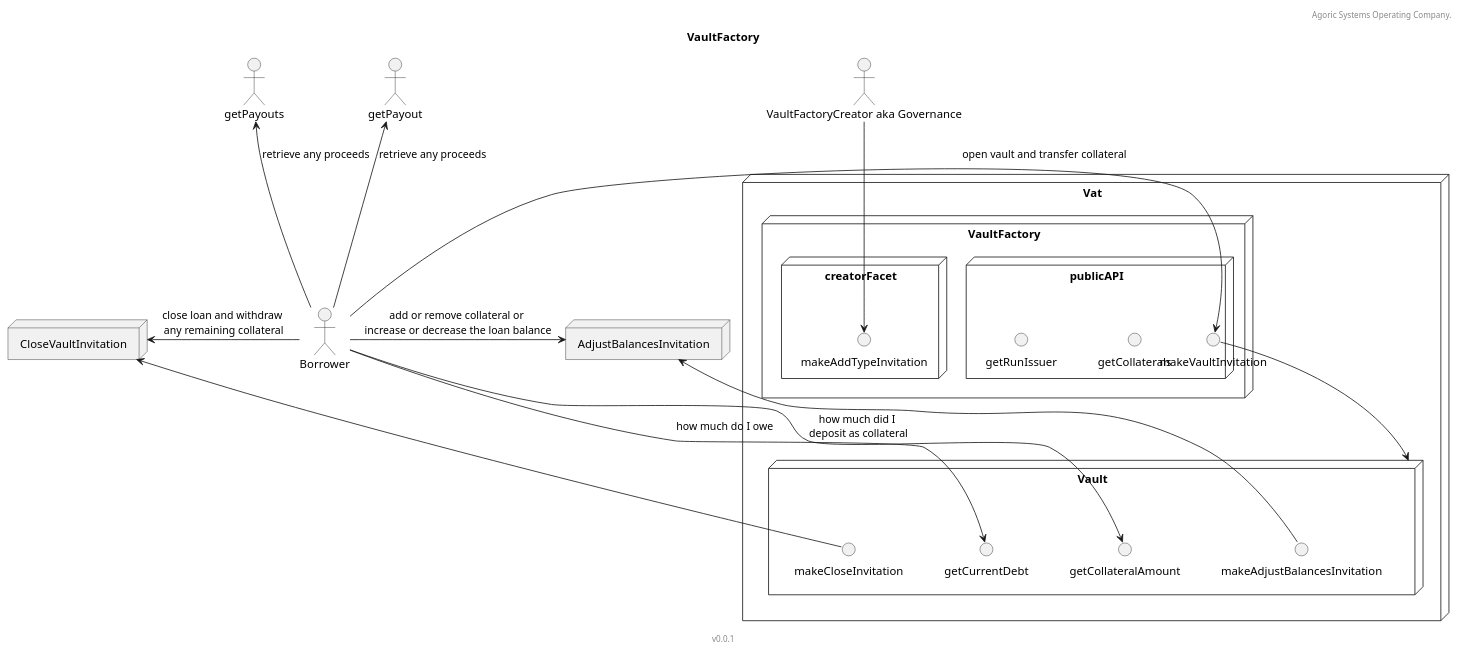
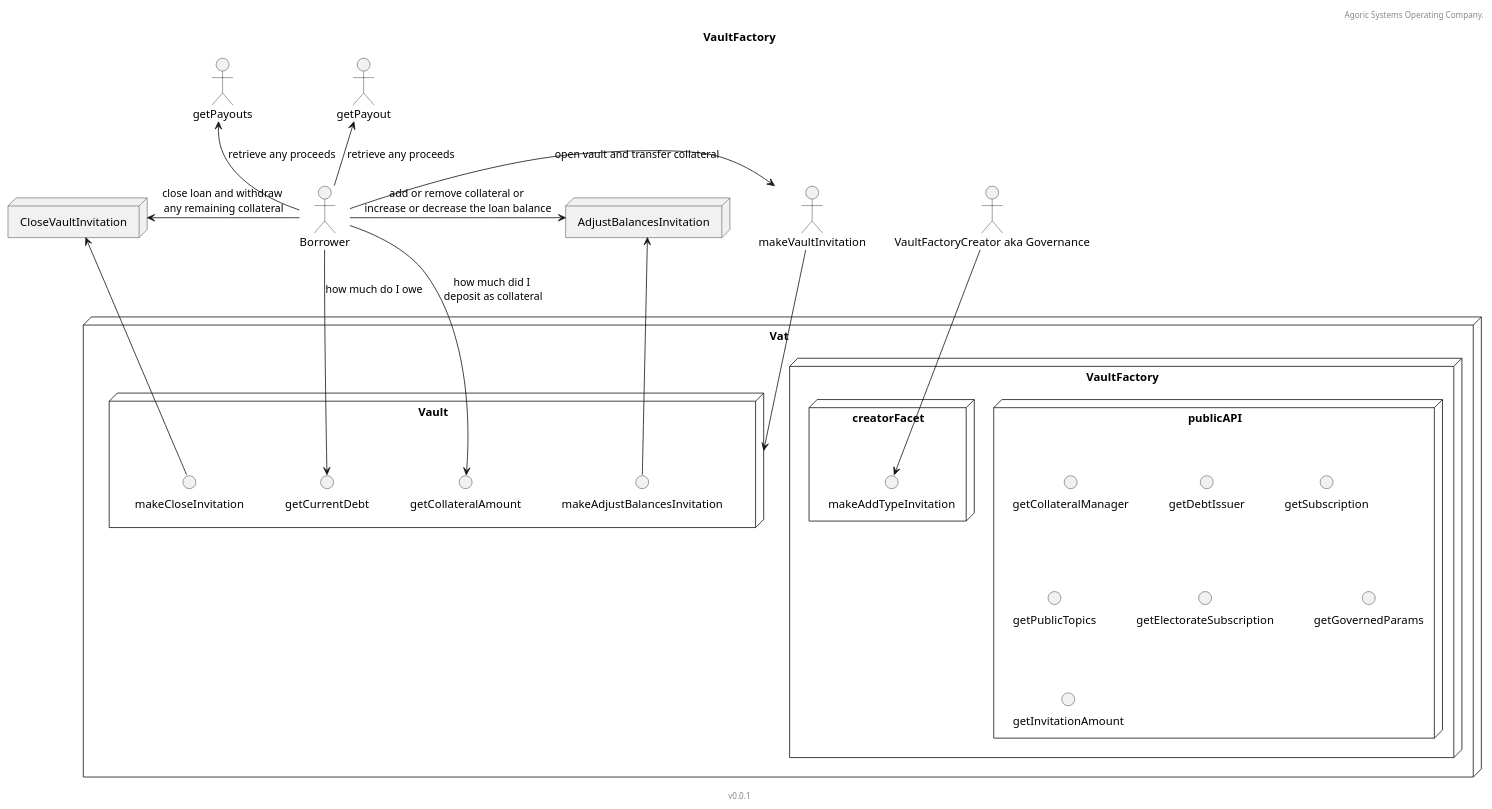
One commit to Agoric/agoric-sdk changed the diagram in docs/threat_models/vaultFactory/vaultFactory.puml. Above: the diagram before and after it, drawn with PlantUML. The commit also changed 10 other files, not shown here.

```diff
--- a/docs/threat_models/vaultFactory/vaultFactory.puml
+++ b/docs/threat_models/vaultFactory/vaultFactory.puml
@@ -1,47 +1,51 @@
 @startuml VaultFactory
 header Agoric Systems Operating Company.
 footer v0.0.1
 title VaultFactory
 
 skinparam componentStyle rectangle
 skinparam defaultTextAlignment center
 
 
 actor "VaultFactoryCreator aka Governance" as vfc
 
 actor Borrower
 
 node AdjustBalancesInvitation
 node "CloseVaultInvitation"
 
 node "Vat" {
     node VaultFactory {
         node "publicAPI" {
-            circle getCollaterals
-            circle makeVaultInvitation
-            circle getRunIssuer
+            circle getCollateralManager
+            circle getDebtIssuer
+            circle getSubscription
+            circle getPublicTopics
+            circle getElectorateSubscription
+            circle getGovernedParams
+            circle getInvitationAmount
         }
         node "creatorFacet" {
             circle makeAddTypeInvitation
         }
     }
     node "Vault" {
         circle makeCloseInvitation
         makeCloseInvitation -u-> CloseVaultInvitation
         circle makeAdjustBalancesInvitation
         makeAdjustBalancesInvitation -u-> AdjustBalancesInvitation
         circle getCollateralAmount
         circle getCurrentDebt
     }
 }
 Borrower -> makeVaultInvitation: open vault and transfer collateral
 makeVaultInvitation -d-> Vault
 Borrower -u-> getPayout: retrieve any proceeds
 Borrower -u-> getPayouts: retrieve any proceeds
 Borrower -> AdjustBalancesInvitation: add or remove collateral or \nincrease or decrease the loan balance
 Borrower -l-> CloseVaultInvitation: close loan and withdraw \nany remaining collateral
 vfc -d-> makeAddTypeInvitation
 Borrower -d-> getCurrentDebt: how much do I owe
 Borrower -d-> getCollateralAmount: how much did I \ndeposit as collateral
 
 @enduml
```
